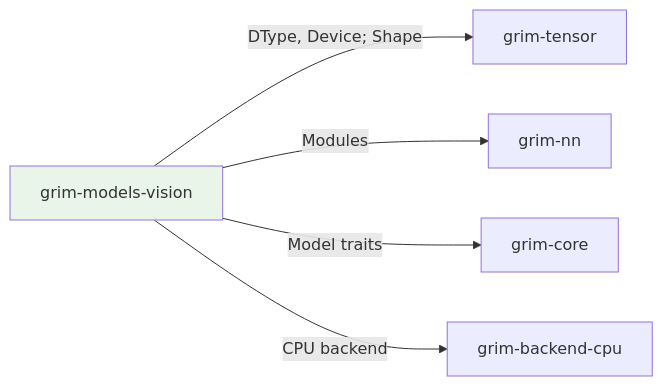
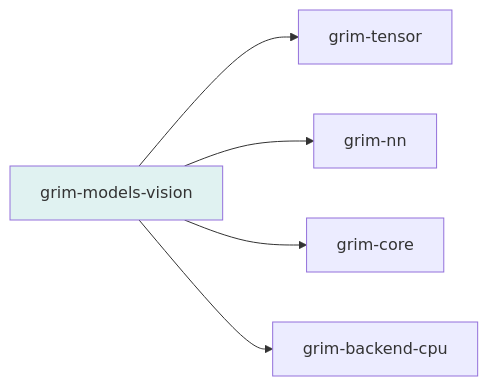
Before and after one commit to sydonayrex/grim: the diagram in crates/grim-models/vision/README.md, drawn with Mermaid. The commit also changed other lines of this file and 55 other files, not shown here.

````diff
--- a/crates/grim-models/vision/README.md
+++ b/crates/grim-models/vision/README.md
@@ -20,9 +17,9 @@
 ```mermaid
 graph LR
-    A[grim-models-vision] -->|DType, Device; Shape| B[grim-tensor]
-    A -->|Modules| C[grim-nn]
-    A -->|Model traits| D[grim-core]
-    A -->|CPU backend| E[grim-backend-cpu]
-    
-    style A fill:#e8f5e8
+    A[grim-models-vision] --> B[grim-tensor]
+    A --> C[grim-nn]
+    A --> D[grim-core]
+    A --> E[grim-backend-cpu]
+
+    style A fill:#e0f2f1
 ```
````
